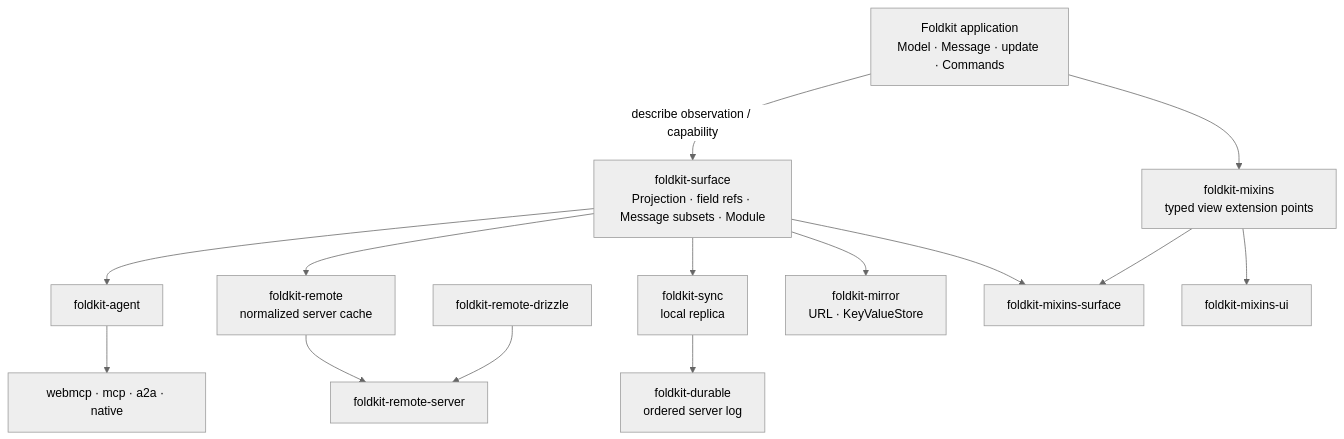
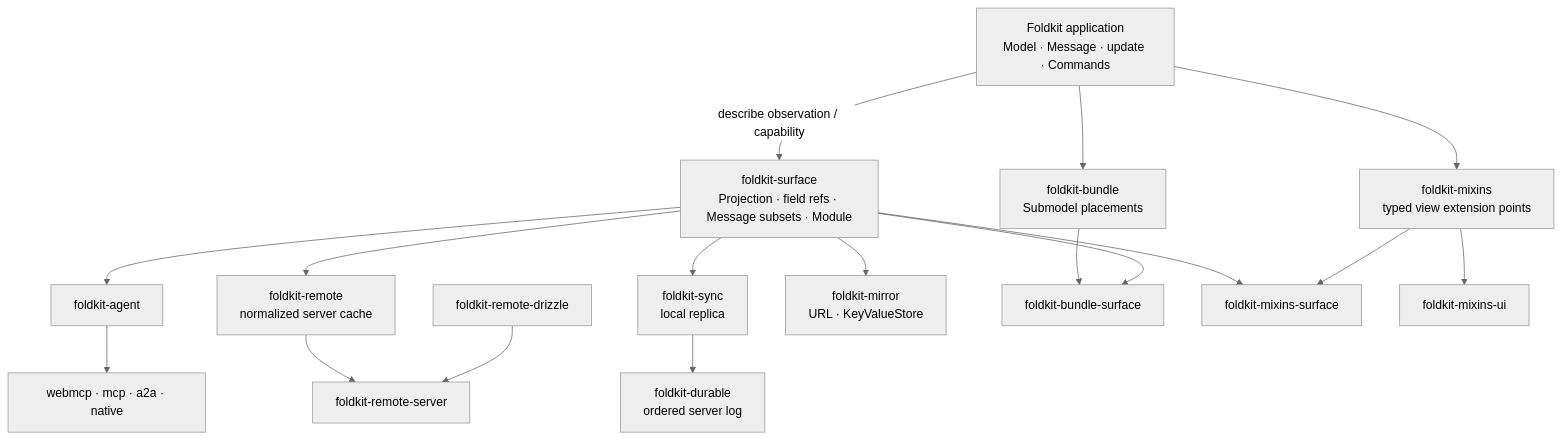
Before and after one commit to doeixd/foldkit-plus: the diagram in README.md, drawn with Mermaid (neutral theme). The commit also changed other lines of this file and 4 other files, not shown here.

First line of the commit message:
List foldkit-bundle and foldkit-bundle-surface across the repository docs

````diff
--- a/README.md
+++ b/README.md
@@ -246,27 +247,31 @@
 ```mermaid
 flowchart TB
   app["Foldkit application<br/>Model · Message · update · Commands"]
   surface["foldkit-surface<br/>Projection · field refs · Message subsets · Module"]
   agent["foldkit-agent"]
   agentAdapters["webmcp · mcp · a2a · native"]
   remote["foldkit-remote<br/>normalized server cache"]
   server["foldkit-remote-server"]
   drizzle["foldkit-remote-drizzle"]
   sync["foldkit-sync<br/>local replica"]
   durable["foldkit-durable<br/>ordered server log"]
   mirror["foldkit-mirror<br/>URL · KeyValueStore"]
+  bundle["foldkit-bundle<br/>Submodel placements"]
+  bundleSurface["foldkit-bundle-surface"]
   mixins["foldkit-mixins<br/>typed view extension points"]
   mixinsSurface["foldkit-mixins-surface"]
   mixinsUi["foldkit-mixins-ui"]
 
   app -- "describe observation / capability" --> surface
   app --> mixins
+  app --> bundle --> bundleSurface
+  surface --> bundleSurface
   surface --> agent --> agentAdapters
   surface --> remote --> server
   drizzle --> server
   surface --> sync --> durable
   surface --> mirror
   surface --> mixinsSurface
   mixins --> mixinsSurface
   mixins --> mixinsUi
 ```
````
